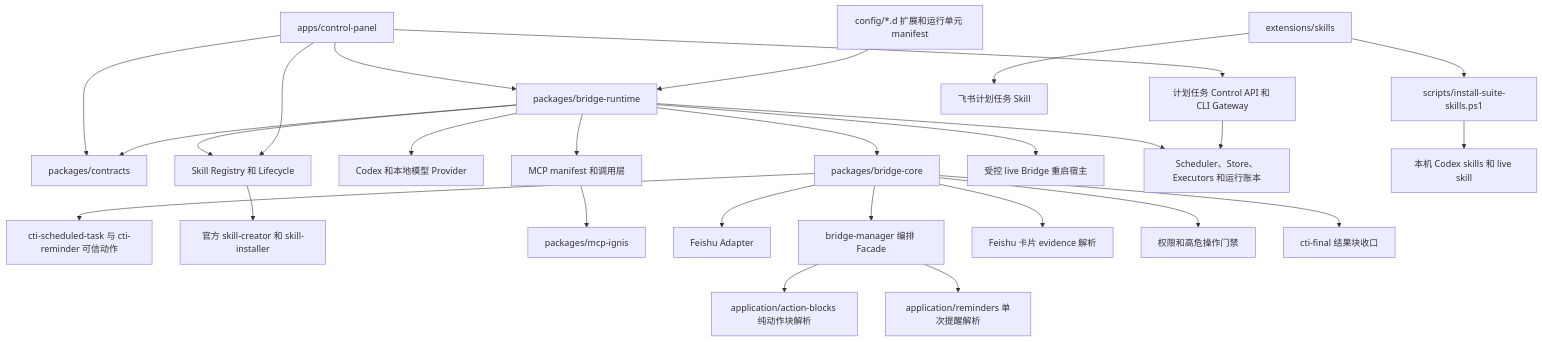
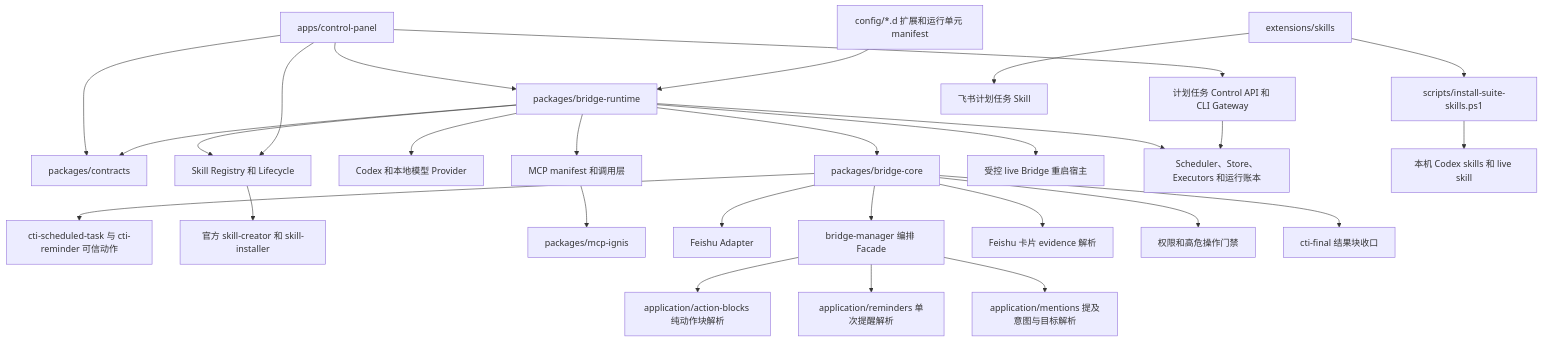
The second of 17 diagrams in docs/PROJECT-ARCHITECTURE.md (dddfuxi/codex-im-suite), drawn with Mermaid before and after one commit. The commit also changed other lines of this file and 5 other files, not shown here.

Commit message:
refactor: extract mention parsing

````diff
--- a/docs/PROJECT-ARCHITECTURE.md
+++ b/docs/PROJECT-ARCHITECTURE.md
@@ -64,29 +64,30 @@
 ```mermaid
 flowchart TD
   Panel[apps/control-panel] --> Runtime[packages/bridge-runtime]
   Panel --> Contracts[packages/contracts]
   Runtime --> Contracts
   Runtime --> Core[packages/bridge-core]
   Runtime --> ProviderLayer[Codex 和本地模型 Provider]
   Runtime --> McpLayer[MCP manifest 和调用层]
   Runtime --> SkillLifecycle[Skill Registry 和 Lifecycle]
   Runtime --> BridgeControl[受控 live Bridge 重启宿主]
   Runtime --> ScheduledEngine[Scheduler、Store、Executors 和运行账本]
   Core --> ScheduledActions[cti-scheduled-task 与 cti-reminder 可信动作]
   Panel --> ScheduledGateway[计划任务 Control API 和 CLI Gateway]
   ScheduledGateway --> ScheduledEngine
   SkillLifecycle --> OfficialSkillTools[官方 skill-creator 和 skill-installer]
   Panel --> SkillLifecycle
   McpLayer --> IgnisPackage[packages/mcp-ignis]
   Core --> FeishuAdapter[Feishu Adapter]
   Core --> BridgeFacade[bridge-manager 编排 Facade]
   BridgeFacade --> ActionBlocks[application/action-blocks 纯动作块解析]
   BridgeFacade --> ReminderParsing[application/reminders 单次提醒解析]
+  BridgeFacade --> MentionParsing[application/mentions 提及意图与目标解析]
   Core --> FeishuCardEvidence[Feishu 卡片 evidence 解析]
   Core --> PermissionBroker[权限和高危操作门禁]
   Core --> ReplyEnvelope[cti-final 结果块收口]
   Config[config/*.d 扩展和运行单元 manifest] --> Runtime
   Extensions[extensions/skills] --> Scripts[scripts/install-suite-skills.ps1]
   Extensions --> ScheduledSkill[飞书计划任务 Skill]
   Scripts --> CodexSkills[本机 Codex skills 和 live skill]
 ```
````
